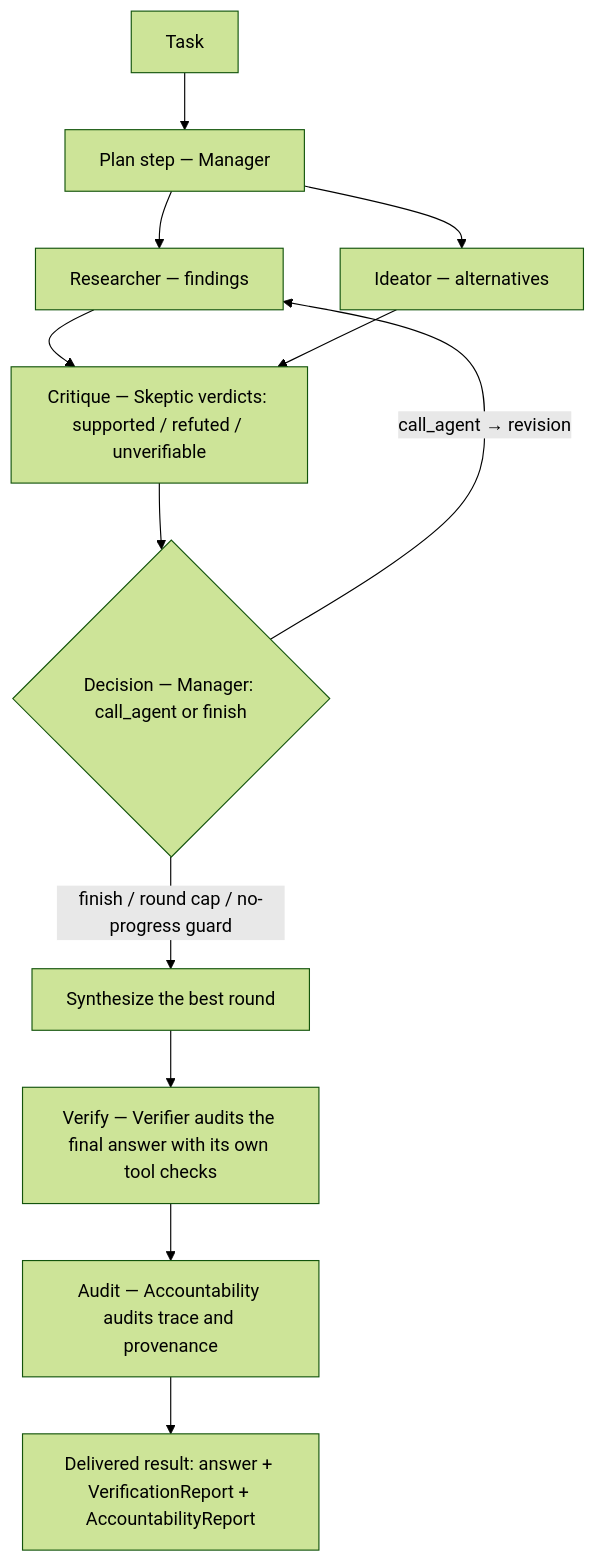
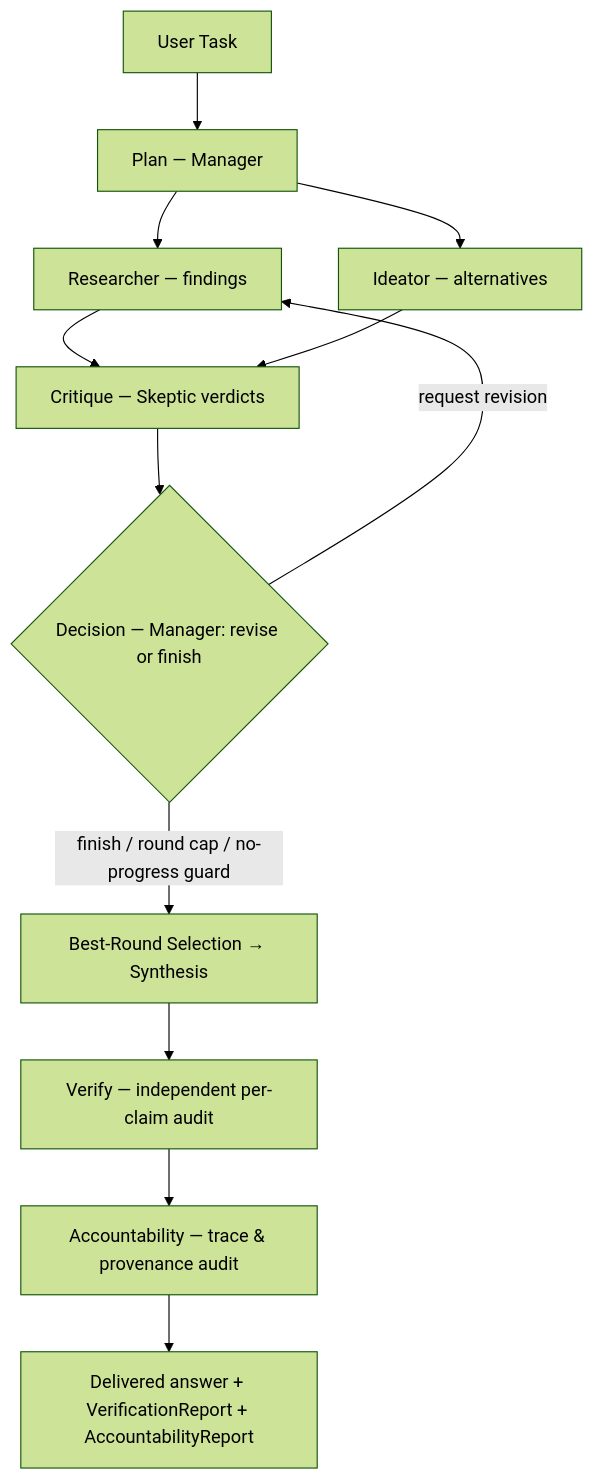
Before and after one commit to anirudhsgh7/ai-nexus: the first of 2 diagrams in README.md, drawn with Mermaid (forest theme). The commit also changed other lines of this file, not shown here.

````diff
--- a/README.md
+++ b/README.md
@@ -98,14 +100,14 @@
 ```mermaid
 flowchart TD
-    T["Task"] --> P["Plan step — Manager"]
+    T["User Task"] --> P["Plan — Manager"]
     P --> W1["Researcher — findings"]
     P --> W2["Ideator — alternatives"]
-    W1 --> C["Critique — Skeptic verdicts: supported / refuted / unverifiable"]
+    W1 --> C["Critique — Skeptic verdicts"]
     W2 --> C
-    C --> D{"Decision — Manager: call_agent or finish"}
-    D -->|"call_agent → revision"| W1
-    D -->|"finish / round cap / no-progress guard"| S["Synthesize the best round"]
-    S --> V["Verify — Verifier audits the final answer with its own tool checks"]
-    V --> A["Audit — Accountability audits trace and provenance"]
-    A --> F["Delivered result: answer + VerificationReport + AccountabilityReport"]
+    C --> D{"Decision — Manager: revise or finish"}
+    D -->|"request revision"| W1
+    D -->|"finish / round cap / no-progress guard"| S["Best-Round Selection → Synthesis"]
+    S --> V["Verify — independent per-claim audit"]
+    V --> A["Accountability — trace & provenance audit"]
+    A --> F["Delivered answer + VerificationReport + AccountabilityReport"]
 ```
````
